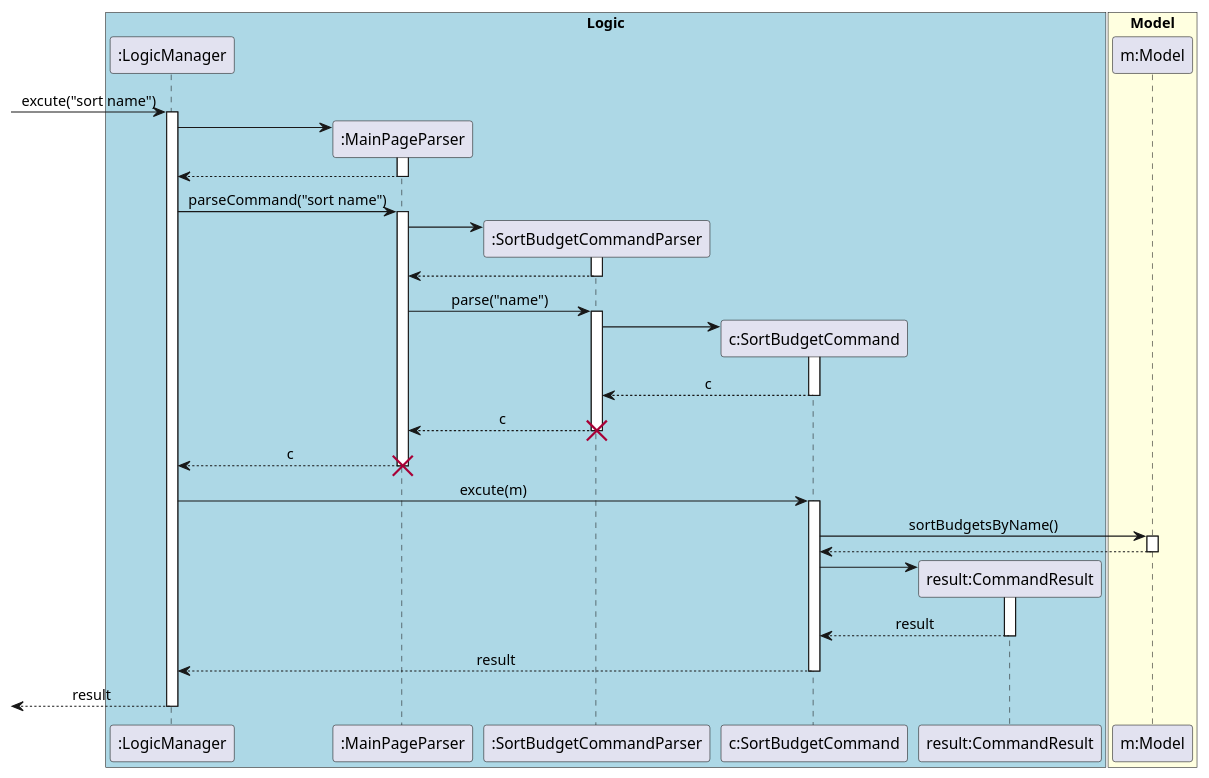
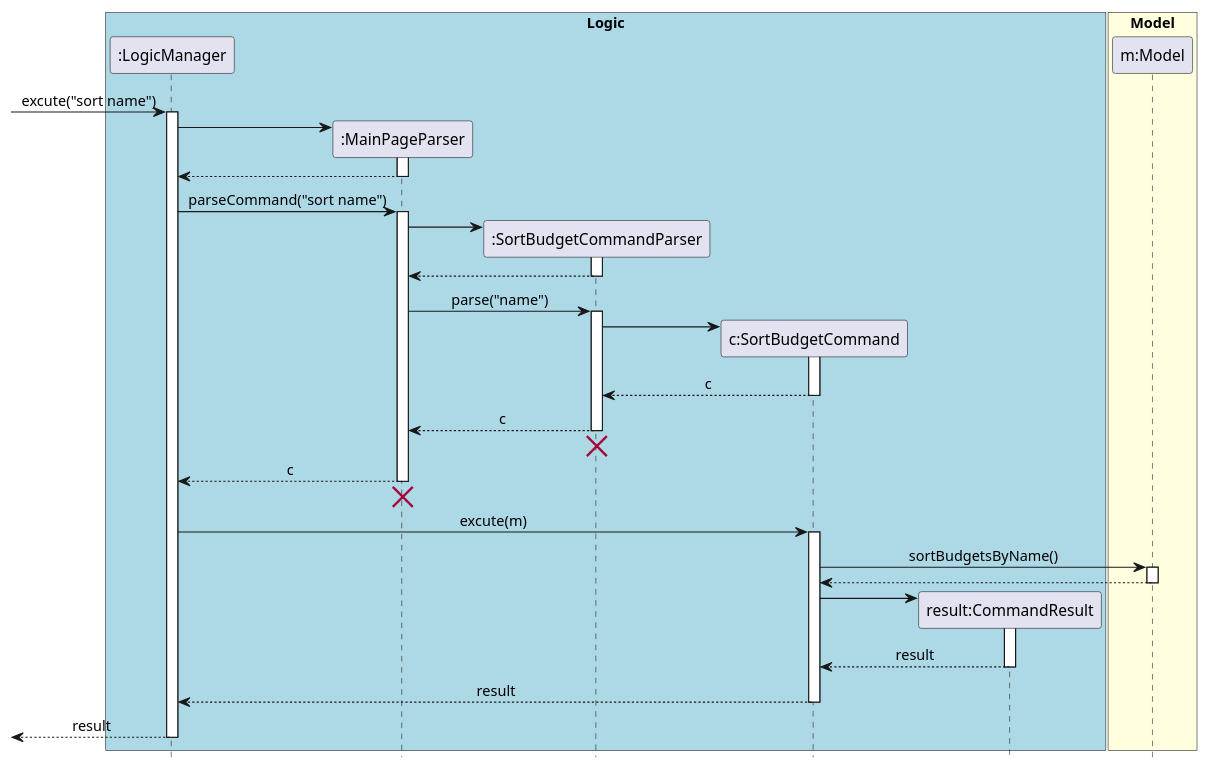
The diagram in docs/diagrams/commandsPlantUML/SortBudgetCommand.puml (yu-ming-chen/tp), drawn with PlantUML before and after one commit. The commit also changed 6 other files, not shown here.

Commit message:
Fix ug diagram and add PPP

```diff
--- a/docs/diagrams/commandsPlantUML/SortBudgetCommand.puml
+++ b/docs/diagrams/commandsPlantUML/SortBudgetCommand.puml
@@ -1,68 +1,72 @@
 @startuml
 skinparam Sequence {
     MessageAlign center
 }
+hide footbox
 box "Logic" #LightBlue
 participant ":LogicManager" as LM
 participant ":MainPageParser" as MPP
 participant ":SortBudgetCommandParser" as SBCP
 participant "c:SortBudgetCommand" as SBC
 participant "result:CommandResult" as CR
 
 end box
 
 box "Model" #LightYellow
 participant "m:Model" as M
 end box
 
 [-> LM : excute("sort name")
 activate LM
 create MPP
 LM -> MPP
 activate MPP
 LM <-- MPP
 deactivate MPP
 LM -> MPP : parseCommand("sort name")
 activate MPP
 
 create SBCP
 MPP -> SBCP
 activate SBCP
 MPP <-- SBCP
 deactivate SBCP
 MPP -> SBCP : parse("name")
 activate SBCP
 
 create SBC
 SBCP -> SBC
 activate SBC
 SBCP <-- SBC : c
 deactivate SBC
 MPP <-- SBCP : c
+deactivate SBCP
+MPP <-[hidden]- SBCP
 destroy SBCP
 
 deactivate SBCP
 LM <-- MPP : c
 deactivate MPP
+LM <-[hidden]- MPP
 destroy MPP
 
 
 LM -> SBC: excute(m)
 activate SBC
 SBC -> M : sortBudgetsByName()
 activate M
 SBC <-- M
 deactivate M
 
 create CR
 SBC -> CR
 activate CR
 SBC <-- CR : result
 deactivate CR
 
 LM <-- SBC: result
 deactivate SBC
 [<-- LM: result
 deactivate LM
 
 @enduml
```
